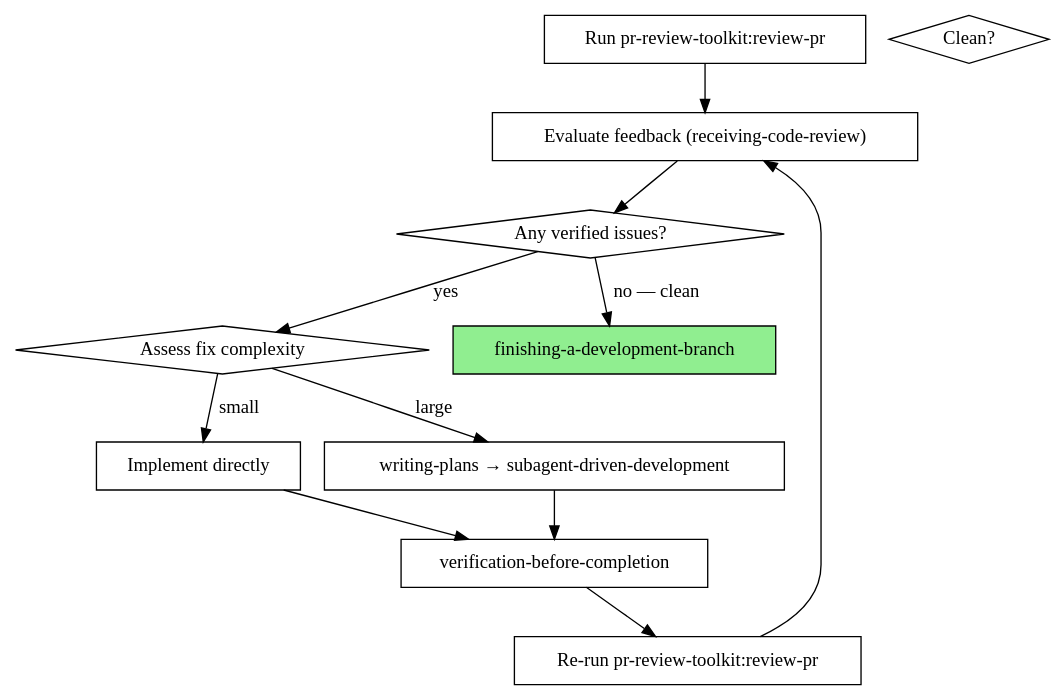
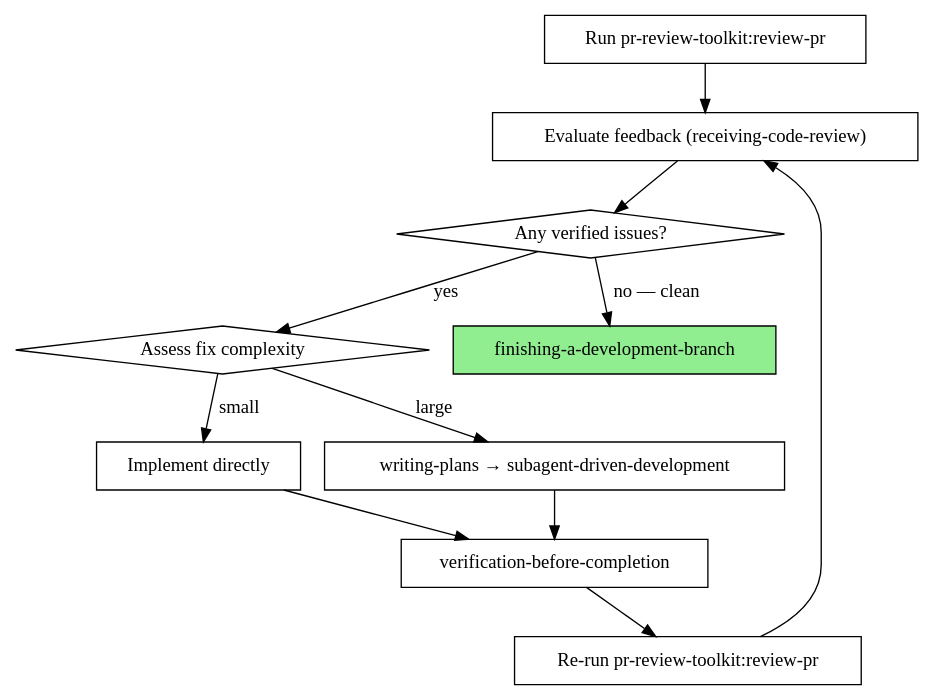
One commit to rustanacexd/agent-skills changed the diagram in pr-review-loop/SKILL.md. Above: the diagram before and after it, drawn with Graphviz. The commit also changed 2 other files, not shown here.

Commit message:
Final pass: remove dead flowchart node, fix install instructions, add compat note
- Remove unused "Clean?" diamond from flowchart
- Prefer symlink over copy in pr-review-loop install instructions
- Add compatibility note to root README for cross-agent installs

````diff
--- a/pr-review-loop/SKILL.md
+++ b/pr-review-loop/SKILL.md
@@ -26,27 +26,26 @@
 ```dot
 digraph review_loop {
     rankdir=TB;
 
     "Run pr-review-toolkit:review-pr" [shape=box];
     "Evaluate feedback (receiving-code-review)" [shape=box];
     "Any verified issues?" [shape=diamond];
     "Assess fix complexity" [shape=diamond];
     "Implement directly" [shape=box];
     "writing-plans → subagent-driven-development" [shape=box];
     "verification-before-completion" [shape=box];
     "Re-run pr-review-toolkit:review-pr" [shape=box];
-    "Clean?" [shape=diamond];
     "finishing-a-development-branch" [shape=box style=filled fillcolor=lightgreen];
 
     "Run pr-review-toolkit:review-pr" -> "Evaluate feedback (receiving-code-review)";
     "Evaluate feedback (receiving-code-review)" -> "Any verified issues?";
     "Any verified issues?" -> "finishing-a-development-branch" [label="no — clean"];
     "Any verified issues?" -> "Assess fix complexity" [label="yes"];
     "Assess fix complexity" -> "Implement directly" [label="small"];
     "Assess fix complexity" -> "writing-plans → subagent-driven-development" [label="large"];
     "Implement directly" -> "verification-before-completion";
     "writing-plans → subagent-driven-development" -> "verification-before-completion";
     "verification-before-completion" -> "Re-run pr-review-toolkit:review-pr";
     "Re-run pr-review-toolkit:review-pr" -> "Evaluate feedback (receiving-code-review)";
 }
 ```
````
